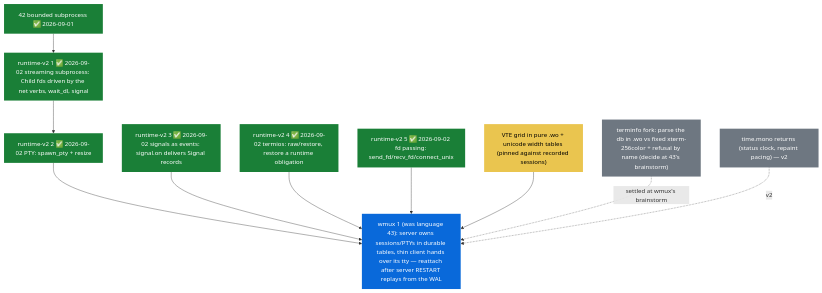
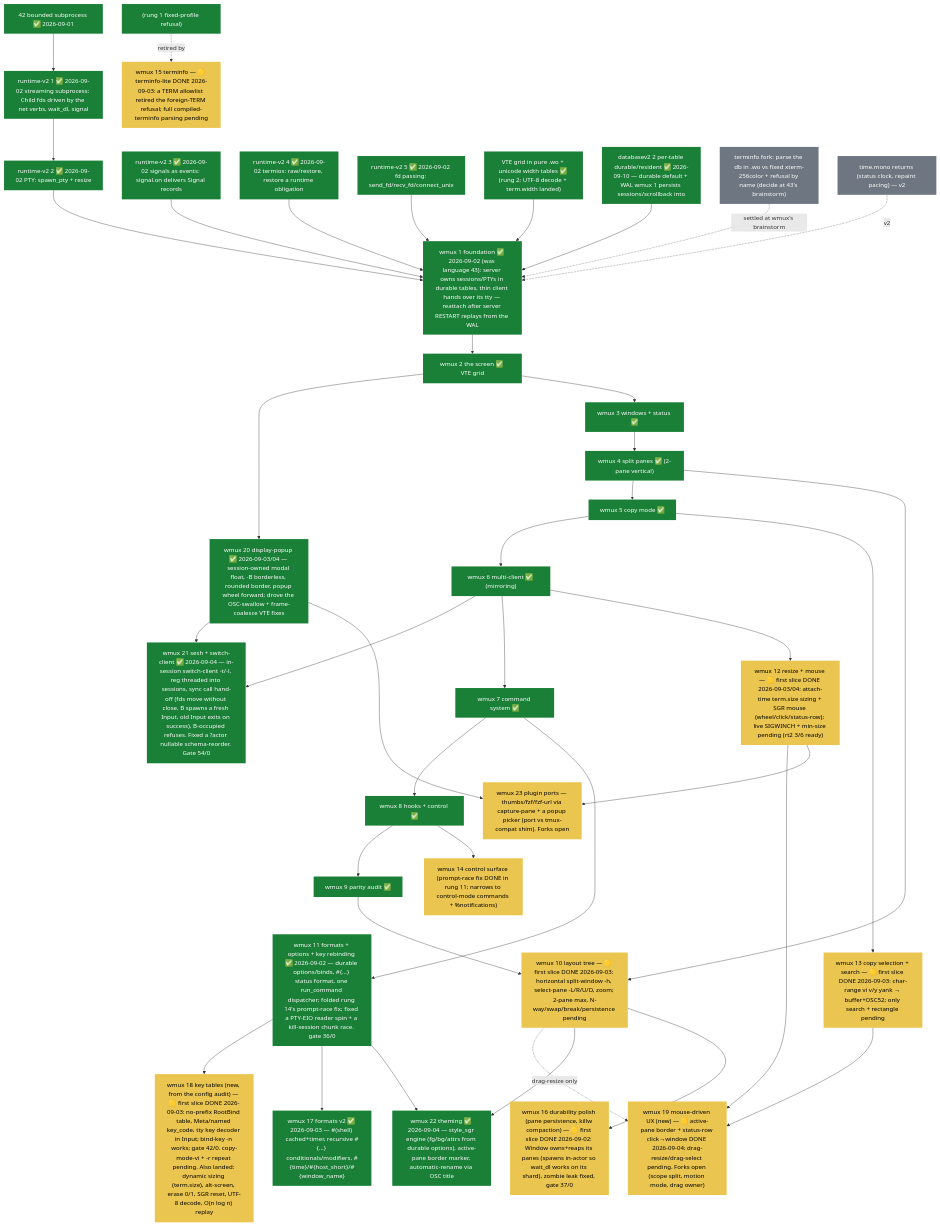
Before and after one commit to shoneyJ/writeonce: the seventh of 9 diagrams in docs/00-dependency-graph.md, drawn with Mermaid. The commit also changed other lines of this file and 7 other files, not shown here.

````diff
--- a/docs/00-dependency-graph.md
+++ b/docs/00-dependency-graph.md
@@ -392,28 +411,81 @@
 ```mermaid
 flowchart TD
     classDef done fill:#1a7f37,color:#fff,stroke:none
     classDef gap fill:#eac54f,color:#000,stroke:none
     classDef product fill:#0969da,color:#fff,stroke:none
     classDef later fill:#6e7781,color:#fff,stroke:none
 
     I42w["42 bounded subprocess ✅ 2026-09-01"]:::done
     GSTREAM["runtime-v2 1 ✅ 2026-09-02 streaming subprocess: Child fds driven by the net verbs, wait_dl, signal"]:::done
     GPTY["runtime-v2 2 ✅ 2026-09-02 PTY: spawn_pty + resize"]:::done
     GSIG["runtime-v2 3 ✅ 2026-09-02 signals as events: signal.on delivers Signal records"]:::done
     GTERMIOS["runtime-v2 4 ✅ 2026-09-02 termios: raw/restore, restore a runtime obligation"]:::done
     GFDPASS["runtime-v2 5 ✅ 2026-09-02 fd passing: send_fd/recv_fd/connect_unix"]:::done
-    GVTE["VTE grid in pure .wo + unicode width tables (pinned against recorded sessions)"]:::gap
-    WMUX["wmux 1 (was language 43): server owns sessions/PTYs in durable tables, thin client hands over its tty — reattach after server RESTART replays from the WAL"]:::product
+    GVTE["VTE grid in pure .wo + unicode width tables ✅ (rung 2; UTF-8 decode + term.width landed)"]:::done
+    DB2W["databasev2 2 per-table durable/resident ✅ 2026-09-10 — durable default + WAL wmux 1 persists sessions/scrollback into"]:::done
+    WMUX["wmux 1 foundation ✅ 2026-09-02 (was language 43): server owns sessions/PTYs in durable tables, thin client hands over its tty — reattach after server RESTART replays from the WAL"]:::done
+    W2["wmux 2 the screen ✅ VTE grid"]:::done
+    W3["wmux 3 windows + status ✅"]:::done
+    W4["wmux 4 split panes ✅ (2-pane vertical)"]:::done
+    W5["wmux 5 copy mode ✅"]:::done
+    W6["wmux 6 multi-client ✅ (mirroring)"]:::done
+    W7["wmux 7 command system ✅"]:::done
+    W8["wmux 8 hooks + control ✅"]:::done
+    W9["wmux 9 parity audit ✅"]:::done
+    W10["wmux 10 layout tree — 🟡 first slice DONE 2026-09-03: horizontal split-window -h, select-pane -L/R/U/D, zoom; 2-pane max, N-way/swap/break/persistence pending"]:::gap
+    W11["wmux 11 formats + options + key rebinding ✅ 2026-09-02 — durable options/binds, #{...} status format, one run_command dispatcher; folded rung 14's prompt-race fix; fixed a PTY-EIO reader spin + a kill-session chunk race. gate 36/0"]:::done
+    W12["wmux 12 resize + mouse — 🟡 first slice DONE 2026-09-03/04: attach-time term.size sizing + SGR mouse (wheel/click/status-row); live SIGWINCH + min-size pending (rt2 3/6 ready)"]:::gap
+    W13["wmux 13 copy selection + search — 🟡 first slice DONE 2026-09-03: char-range vi v/y yank → buffer+OSC52; only search + rectangle pending"]:::gap
+    W14["wmux 14 control surface (prompt-race fix DONE in rung 11; narrows to control-mode commands + %notifications)"]:::gap
+    W15["wmux 15 terminfo — 🟡 terminfo-lite DONE 2026-09-03: a TERM allowlist retired the foreign-TERM refusal; full compiled-terminfo parsing pending"]:::gap
+    W16["wmux 16 durability polish (pane persistence, killw compaction) — 🟡 first slice DONE 2026-09-02: Window owns+reaps its panes (spawns in-actor so wait_dl works on its shard), zombie leak fixed, gate 37/0"]:::gap
+    W18["wmux 18 key tables (new, from the config audit) — 🟡 first slice DONE 2026-09-03: no-prefix RootBind table, Meta/named key_code, tty key decoder in Input; bind-key -n works; gate 42/0. copy-mode-vi + -r repeat pending. Also landed: dynamic sizing (term.size), alt-screen, erase 0/1, SGR reset, UTF-8 decode, O(n log n) replay"]:::gap
+    W19["wmux 19 mouse-driven UX (new) — 🟡 active-pane border + status-row click→window DONE 2026-09-04; drag-resize/drag-select pending. Forks open (scope split, motion mode, drag owner)"]:::gap
+    W17["wmux 17 formats v2 ✅ 2026-09-03 — #(shell) cached+timer, recursive #{...} conditionals/modifiers, #{time}/#{host_short}/#{window_name}"]:::done
+    W20["wmux 20 display-popup ✅ 2026-09-03/04 — session-owned modal float, -B borderless, rounded border, popup wheel forward; drove the OSC-swallow + frame-coalesce VTE fixes"]:::done
+    W21["wmux 21 sesh + switch-client ✅ 2026-09-04 — in-session switch-client -t/-l, reg threaded into sessions, sync call hand-off (fds move without close, B spawns a fresh Input, old Input exits on success), B-occupied refuses. Fixed a ?actor nullable schema-reorder. Gate 54/0"]:::done
+    W22["wmux 22 theming ✅ 2026-09-04 — style_sgr engine (fg/bg/attrs from durable options), active-pane border marker, automatic-rename via OSC title"]:::done
+    W23["wmux 23 plugin ports — thumbs/fzf/fzf-url via capture-pane + a popup picker (port vs tmux-compat shim). Forks open"]:::gap
+    W11 --> W18
+    W12 --> W19
+    W13 --> W19
+    W10 -.drag-resize only.-> W19
+    W11 --> W17
+    W2 --> W20
+    W6 --> W21
+    W20 --> W21
+    W11 --> W22
+    W10 --> W22
+    W20 --> W23
+    W12 --> W23
+    WMUX --> W2
+    W2 --> W3
+    W3 --> W4
+    W4 --> W5
+    W5 --> W6
+    W6 --> W7
+    W7 --> W8
+    W8 --> W9
+    W9 --> W10
+    W4 --> W10
+    W7 --> W11
+    W6 --> W12
+    W5 --> W13
+    W8 --> W14
+    W1TERM["(rung 1 fixed-profile refusal)"]:::done
+    W1TERM -.retired by.-> W15
+    W10 --> W16
     TINFO["terminfo fork: parse the db in .wo vs fixed xterm-256color + refusal by name (decide at 43's brainstorm)"]:::later
     TMONO["time.mono returns (status clock, repaint pacing) — v2"]:::later
 
     I42w --> GSTREAM
     GSTREAM --> GPTY
     GPTY --> WMUX
     GSIG --> WMUX
     GTERMIOS --> WMUX
     GFDPASS --> WMUX
     GVTE --> WMUX
+    DB2W --> WMUX
     TINFO -.settled at wmux's brainstorm.-> WMUX
     TMONO -.v2.-> WMUX
 ```
````
